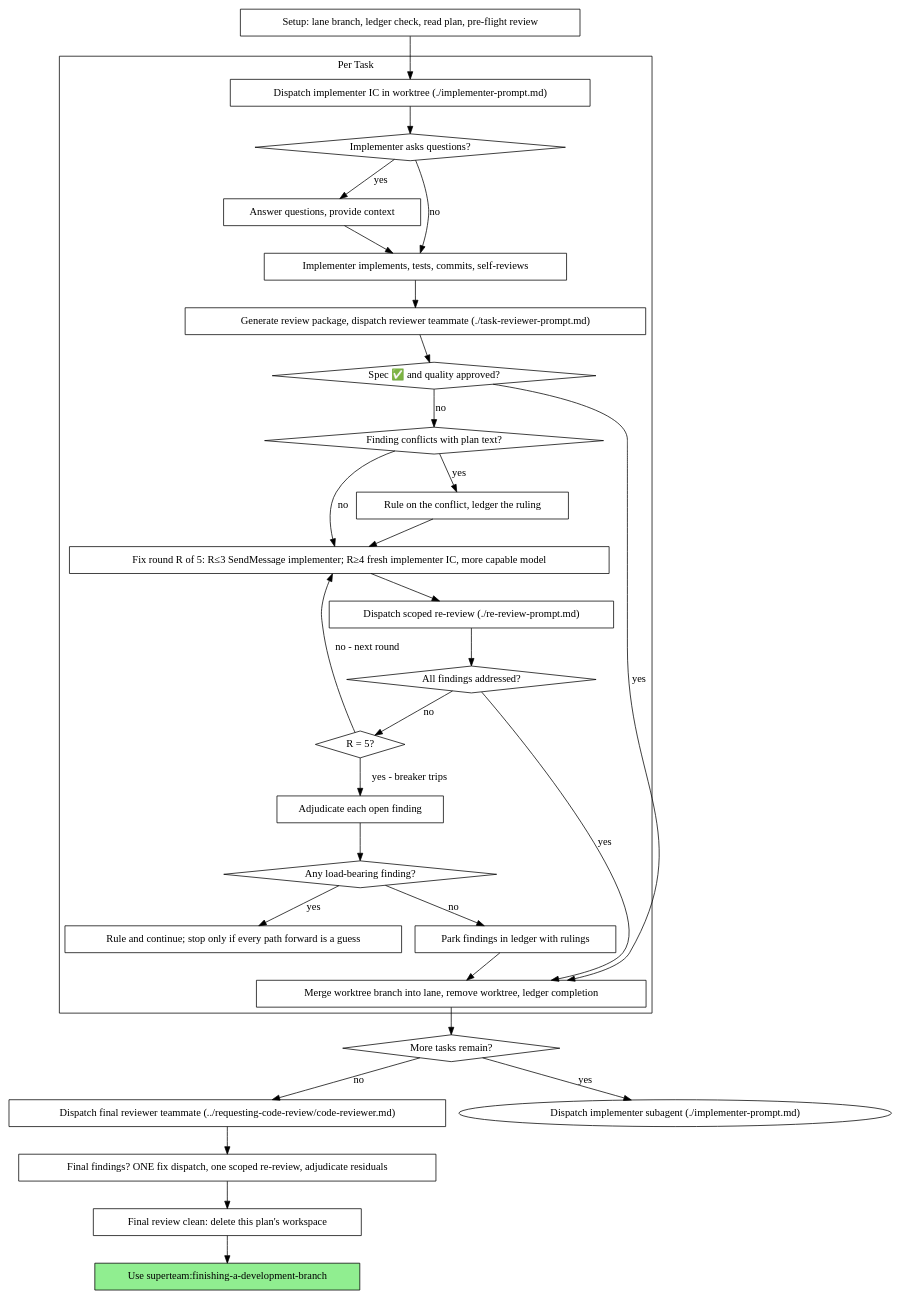
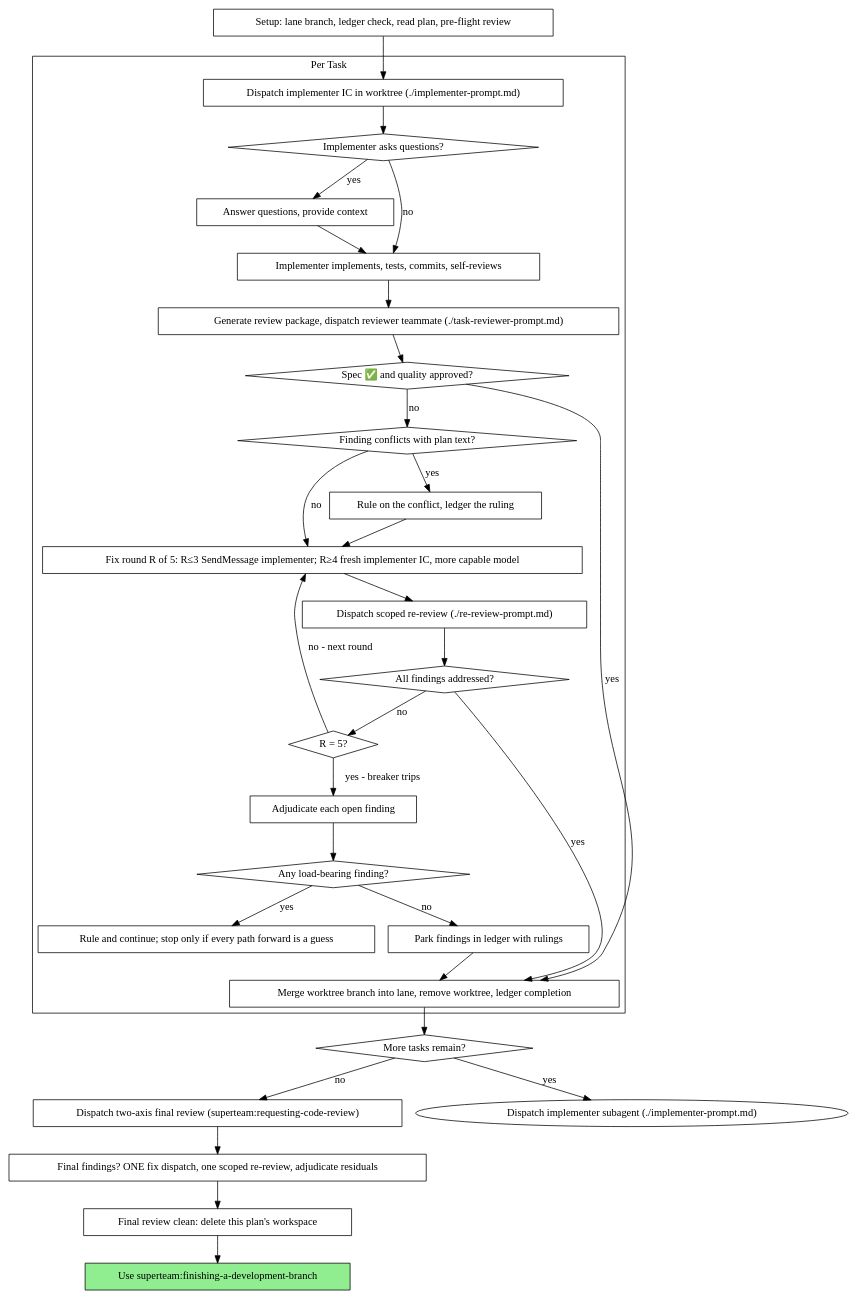
The second of 2 diagrams in skills/team-driven-development/SKILL.md (cameronchittick/superteam), drawn with Graphviz before and after one commit. The commit also changed other lines of this file and 7 other files, not shown here.

First line of the commit message:
Fold two-axis Standards/Spec review and Fowler smell baseline into requesting-code-review

````diff
--- a/skills/team-driven-development/SKILL.md
+++ b/skills/team-driven-development/SKILL.md
@@ -113,62 +113,62 @@
 ```dot
 digraph process {
     rankdir=TB;
 
     subgraph cluster_per_task {
         label="Per Task";
         "Dispatch implementer IC in worktree (./implementer-prompt.md)" [shape=box];
         "Implementer asks questions?" [shape=diamond];
         "Answer questions, provide context" [shape=box];
         "Implementer implements, tests, commits, self-reviews" [shape=box];
         "Generate review package, dispatch reviewer teammate (./task-reviewer-prompt.md)" [shape=box];
         "Spec ✅ and quality approved?" [shape=diamond];
         "Finding conflicts with plan text?" [shape=diamond];
         "Rule on the conflict, ledger the ruling" [shape=box];
         "Fix round R of 5: R≤3 SendMessage implementer; R≥4 fresh implementer IC, more capable model" [shape=box];
         "Dispatch scoped re-review (./re-review-prompt.md)" [shape=box];
         "All findings addressed?" [shape=diamond];
         "R = 5?" [shape=diamond];
         "Adjudicate each open finding" [shape=box];
         "Any load-bearing finding?" [shape=diamond];
         "Rule and continue; stop only if every path forward is a guess" [shape=box];
         "Park findings in ledger with rulings" [shape=box];
         "Merge worktree branch into lane, remove worktree, ledger completion" [shape=box];
     }
 
     "Setup: lane branch, ledger check, read plan, pre-flight review" [shape=box];
     "More tasks remain?" [shape=diamond];
-    "Dispatch final reviewer teammate (../requesting-code-review/code-reviewer.md)" [shape=box];
+    "Dispatch two-axis final review (superteam:requesting-code-review)" [shape=box];
     "Final findings? ONE fix dispatch, one scoped re-review, adjudicate residuals" [shape=box];
     "Final review clean: delete this plan's workspace" [shape=box];
     "Use superteam:finishing-a-development-branch" [shape=box style=filled fillcolor=lightgreen];
 
     "Setup: lane branch, ledger check, read plan, pre-flight review" -> "Dispatch implementer IC in worktree (./implementer-prompt.md)";
     "Dispatch implementer IC in worktree (./implementer-prompt.md)" -> "Implementer asks questions?";
     "Implementer asks questions?" -> "Answer questions, provide context" [label="yes"];
     "Answer questions, provide context" -> "Implementer implements, tests, commits, self-reviews";
     "Implementer asks questions?" -> "Implementer implements, tests, commits, self-reviews" [label="no"];
     "Implementer implements, tests, commits, self-reviews" -> "Generate review package, dispatch reviewer teammate (./task-reviewer-prompt.md)";
     "Generate review package, dispatch reviewer teammate (./task-reviewer-prompt.md)" -> "Spec ✅ and quality approved?";
     "Spec ✅ and quality approved?" -> "Merge worktree branch into lane, remove worktree, ledger completion" [label="yes"];
     "Spec ✅ and quality approved?" -> "Finding conflicts with plan text?" [label="no"];
     "Finding conflicts with plan text?" -> "Rule on the conflict, ledger the ruling" [label="yes"];
     "Rule on the conflict, ledger the ruling" -> "Fix round R of 5: R≤3 SendMessage implementer; R≥4 fresh implementer IC, more capable model";
     "Finding conflicts with plan text?" -> "Fix round R of 5: R≤3 SendMessage implementer; R≥4 fresh implementer IC, more capable model" [label="no"];
     "Fix round R of 5: R≤3 SendMessage implementer; R≥4 fresh implementer IC, more capable model" -> "Dispatch scoped re-review (./re-review-prompt.md)";
     "Dispatch scoped re-review (./re-review-prompt.md)" -> "All findings addressed?";
     "All findings addressed?" -> "Merge worktree branch into lane, remove worktree, ledger completion" [label="yes"];
     "All findings addressed?" -> "R = 5?" [label="no"];
     "R = 5?" -> "Fix round R of 5: R≤3 SendMessage implementer; R≥4 fresh implementer IC, more capable model" [label="no - next round"];
     "R = 5?" -> "Adjudicate each open finding" [label="yes - breaker trips"];
     "Adjudicate each open finding" -> "Any load-bearing finding?";
     "Any load-bearing finding?" -> "Rule and continue; stop only if every path forward is a guess" [label="yes"];
     "Any load-bearing finding?" -> "Park findings in ledger with rulings" [label="no"];
     "Park findings in ledger with rulings" -> "Merge worktree branch into lane, remove worktree, ledger completion";
     "Merge worktree branch into lane, remove worktree, ledger completion" -> "More tasks remain?";
     "More tasks remain?" -> "Dispatch implementer subagent (./implementer-prompt.md)" [label="yes"];
-    "More tasks remain?" -> "Dispatch final reviewer teammate (../requesting-code-review/code-reviewer.md)" [label="no"];
-    "Dispatch final reviewer teammate (../requesting-code-review/code-reviewer.md)" -> "Final findings? ONE fix dispatch, one scoped re-review, adjudicate residuals";
+    "More tasks remain?" -> "Dispatch two-axis final review (superteam:requesting-code-review)" [label="no"];
+    "Dispatch two-axis final review (superteam:requesting-code-review)" -> "Final findings? ONE fix dispatch, one scoped re-review, adjudicate residuals";
     "Final findings? ONE fix dispatch, one scoped re-review, adjudicate residuals" -> "Final review clean: delete this plan's workspace";
     "Final review clean: delete this plan's workspace" -> "Use superteam:finishing-a-development-branch";
 }
 ```
````
